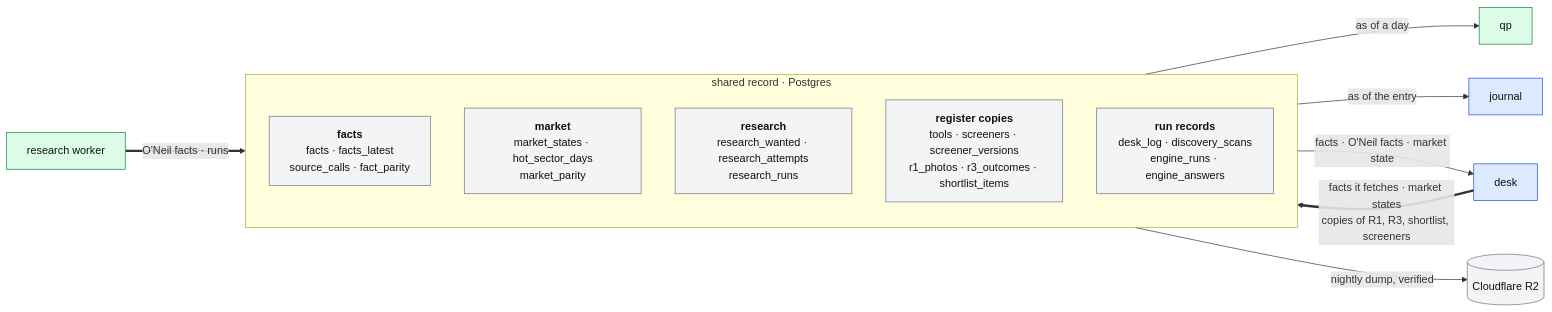
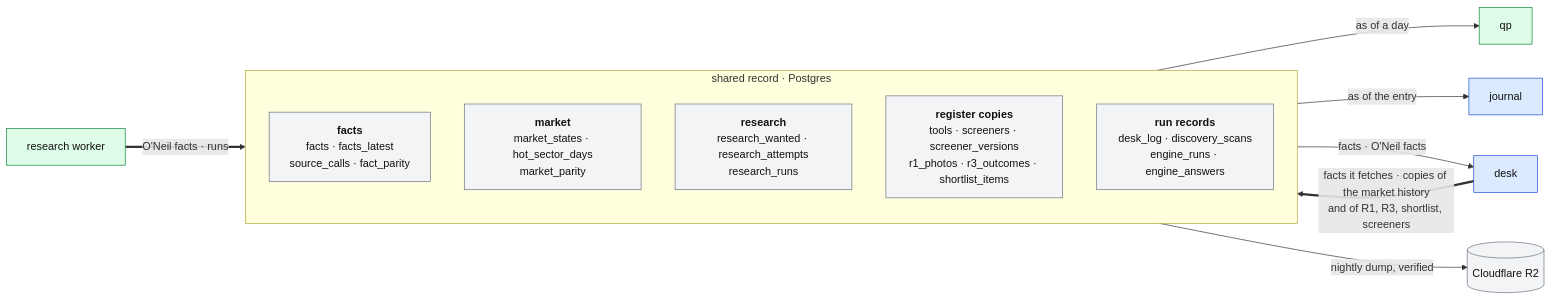
The diagram in design/outside/SHARED-RECORD.md (Mohamed-albadri-1995/Trade-Disk), drawn with Mermaid before and after one commit. The commit also changed other lines of this file and 15 other files, not shown here.

````diff
--- a/design/outside/SHARED-RECORD.md
+++ b/design/outside/SHARED-RECORD.md
@@ -45,22 +45,22 @@
 ```mermaid
 flowchart LR
-  DESK["desk"] ==>|"facts it fetches · market states<br/>copies of R1, R3, shortlist, screeners"| PGB
+  DESK["desk"] ==>|"facts it fetches · copies of the market history<br/>and of R1, R3, shortlist, screeners"| PGB
   RW["research worker"] ==>|"O'Neil facts · runs"| PGB
   subgraph PGB["shared record · Postgres"]
     F["<b>facts</b><br/>facts · facts_latest<br/>source_calls · fact_parity"]
     M["<b>market</b><br/>market_states · hot_sector_days<br/>market_parity"]
     R["<b>research</b><br/>research_wanted · research_attempts<br/>research_runs"]
     G["<b>register copies</b><br/>tools · screeners · screener_versions<br/>r1_photos · r3_outcomes · shortlist_items"]
     O["<b>run records</b><br/>desk_log · discovery_scans<br/>engine_runs · engine_answers"]
   end
   PGB -->|"as of a day"| QP["qp"]
   PGB -->|"as of the entry"| JR["journal"]
-  PGB -->|"facts · O'Neil facts · market state"| DESK
+  PGB -->|"facts · O'Neil facts"| DESK
   PGB -->|"nightly dump, verified"| R2[("Cloudflare R2")]
   classDef store fill:#f3f4f6,stroke:#6b7280,color:#111;
   classDef prog fill:#dbeafe,stroke:#1d4ed8,color:#111;
   classDef py fill:#dcfce7,stroke:#15803d,color:#111;
   class F,M,R,G,O,R2 store;
   class DESK,JR prog;
   class RW,QP py;
 ```
````
